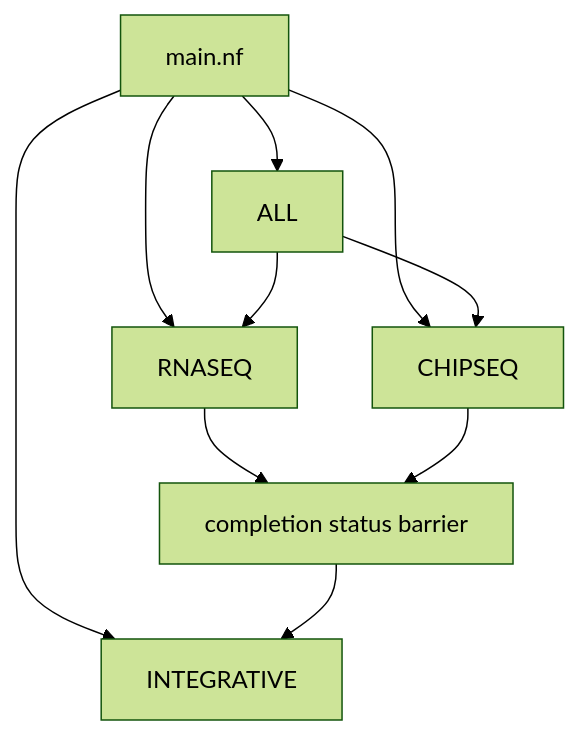
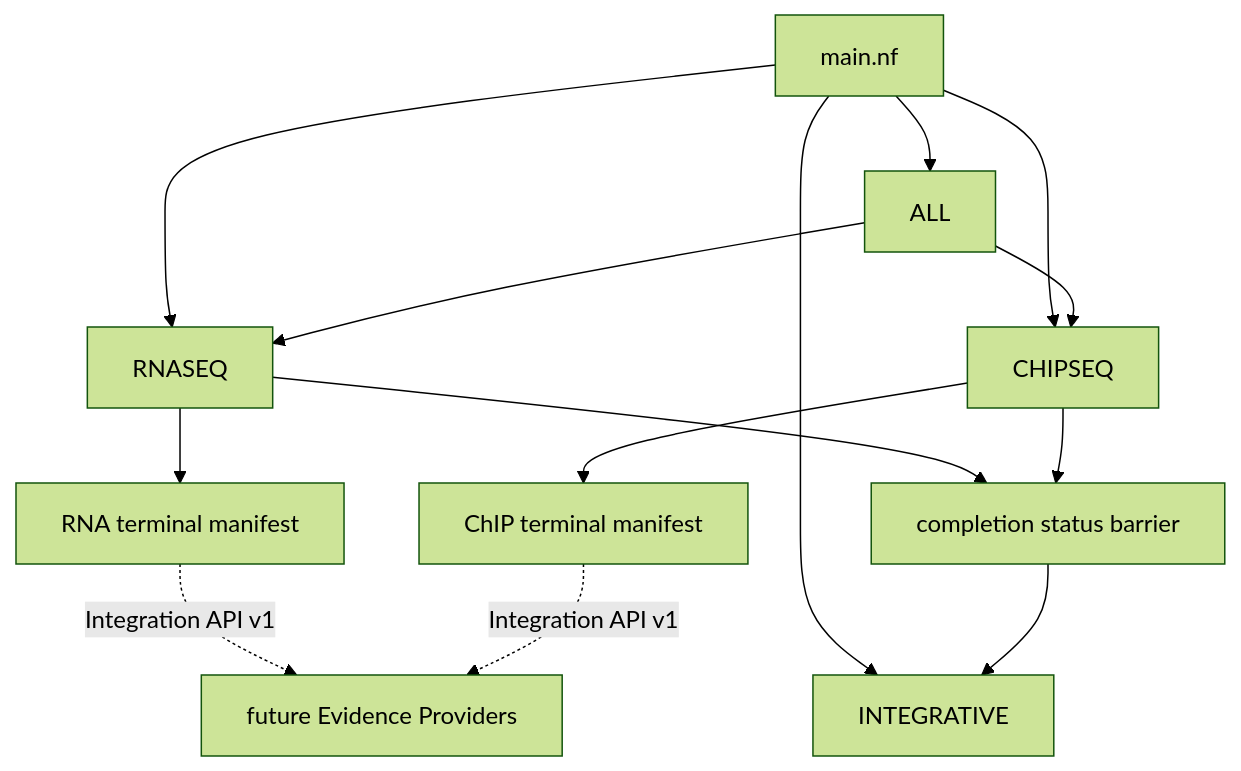
One commit to GMiguelAlves/HelixForge changed the first of 3 diagrams in docs/architecture.md. Above: the diagram before and after it, drawn with Mermaid (forest theme). The commit also changed other lines of this file and 8 other files, not shown here.

````diff
--- a/docs/architecture.md
+++ b/docs/architecture.md
@@ -12,12 +12,16 @@
 ```mermaid
 flowchart TB
     MAIN["main.nf"] --> RNA["RNASEQ"]
     MAIN --> CHIP["CHIPSEQ"]
     MAIN --> INT["INTEGRATIVE"]
     MAIN --> ALL["ALL"]
     ALL --> RNA
     ALL --> CHIP
+    RNA --> RM["RNA terminal manifest"]
+    CHIP --> CM["ChIP terminal manifest"]
     RNA --> GATE["completion status barrier"]
     CHIP --> GATE
     GATE --> INT
+    RM -. "Integration API v1" .-> FUTURE["future Evidence Providers"]
+    CM -. "Integration API v1" .-> FUTURE
 ```
````
